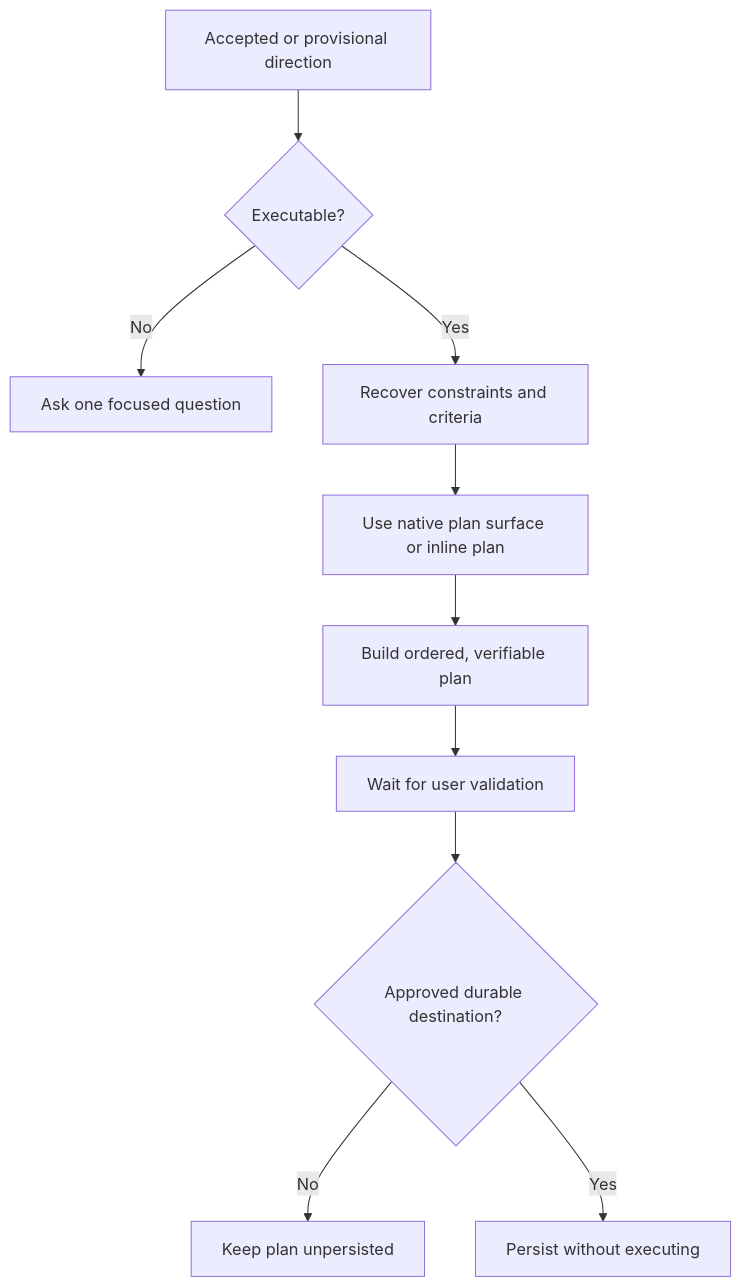
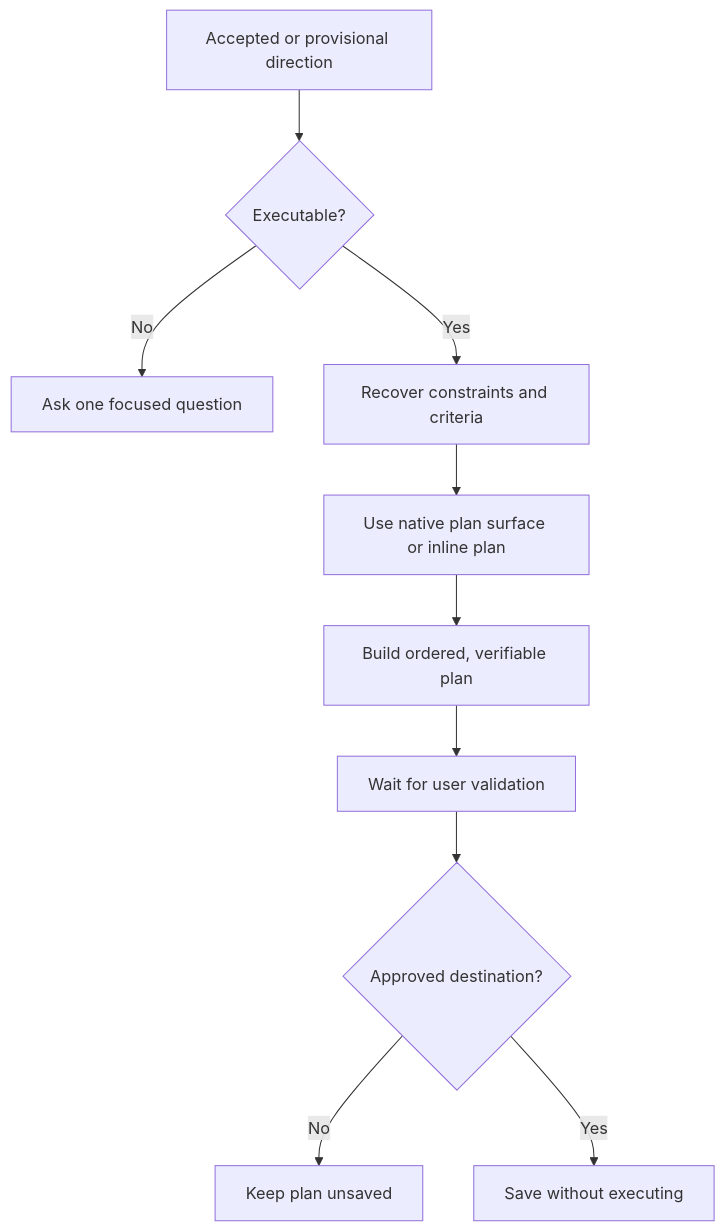
Before and after one commit to control-decks/think-it-through: the diagram in plugins/think-it-through/skills/think-to-plan/SKILL.md, drawn with Mermaid. The commit also changed other lines of this file and 18 other files, not shown here.

````diff
--- a/plugins/think-it-through/skills/think-to-plan/SKILL.md
+++ b/plugins/think-it-through/skills/think-to-plan/SKILL.md
@@ -20,12 +19,12 @@
 ```mermaid
 flowchart TD
     A["Accepted or provisional direction"] --> B{"Executable?"}
     B -->|No| C["Ask one focused question"]
     B -->|Yes| D["Recover constraints and criteria"]
     D --> E["Use native plan surface or inline plan"]
     E --> F["Build ordered, verifiable plan"]
     F --> G["Wait for user validation"]
-    G --> H{"Approved durable destination?"}
-    H -->|No| I["Keep plan unpersisted"]
-    H -->|Yes| J["Persist without executing"]
+    G --> H{"Approved destination?"}
+    H -->|No| I["Keep plan unsaved"]
+    H -->|Yes| J["Save without executing"]
 ```
````
